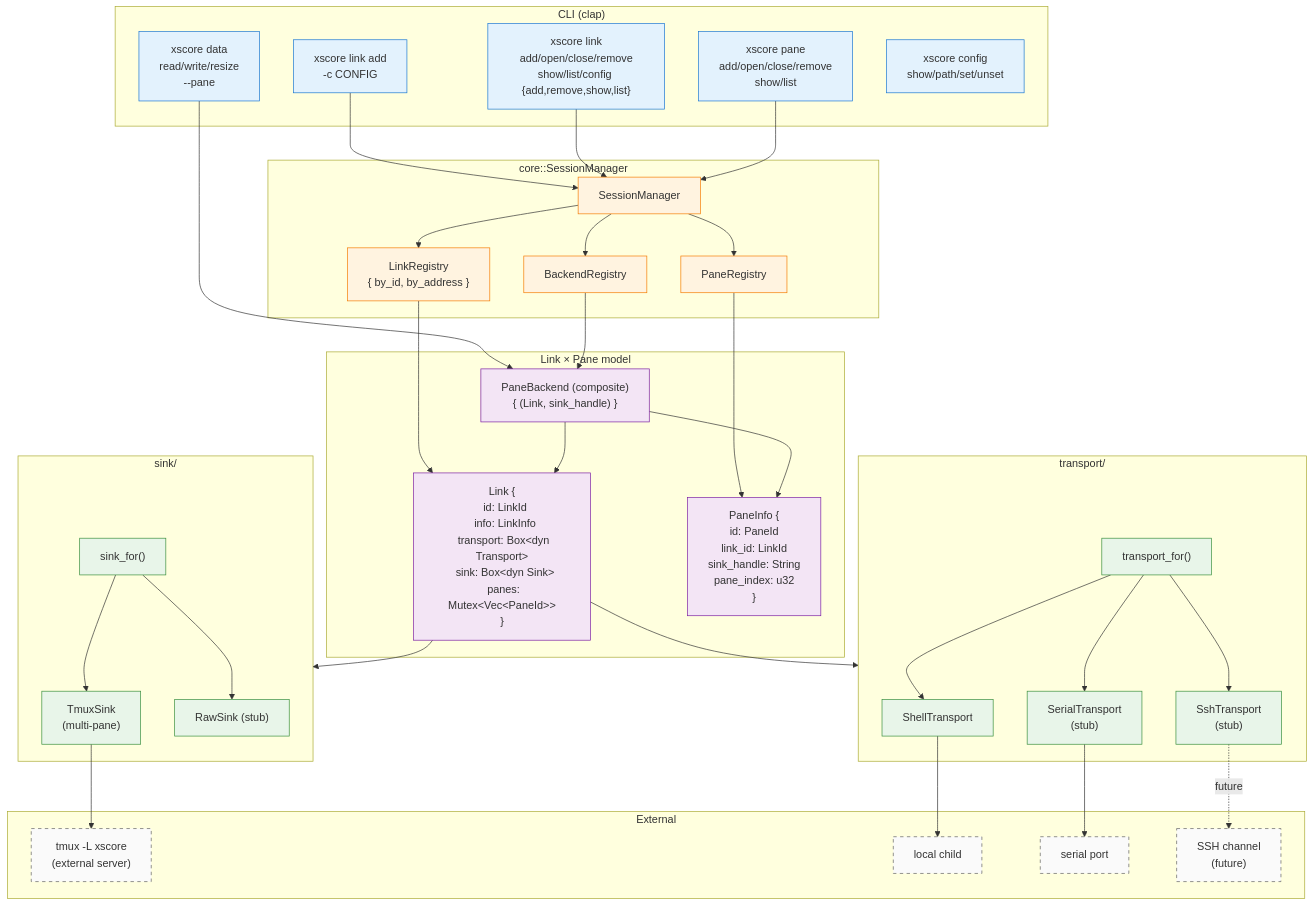
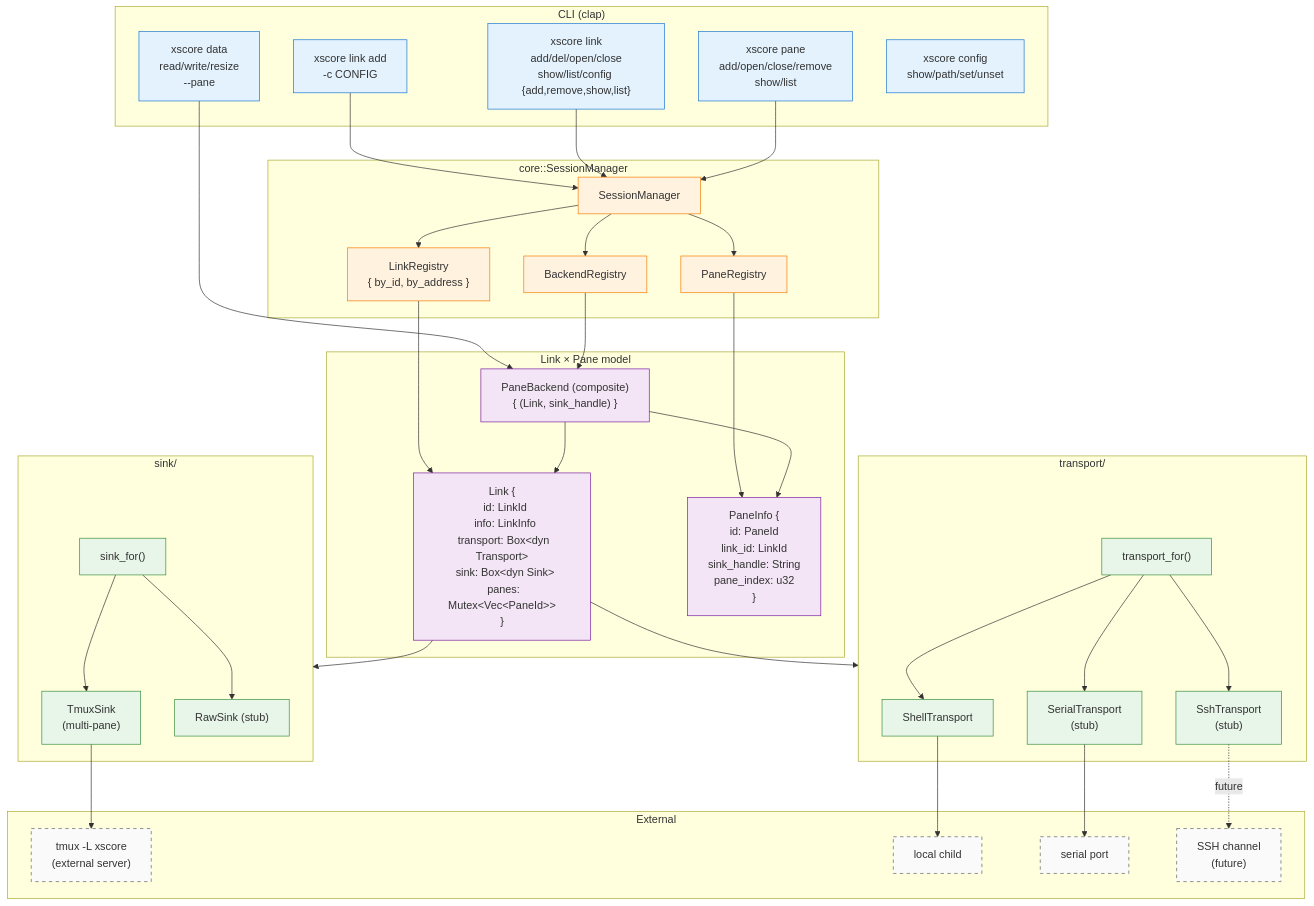
The first of 3 diagrams in doc/dev/architecture/diagrams/README.md (xiaoshan1234/xscore), drawn with Mermaid before and after one commit. The commit also changed other lines of this file and 13 other files, not shown here.

First line of the commit message:
refactor(cli): four-verb link tree (add/del/open/close), retire --link=existing

````diff
--- a/doc/dev/architecture/diagrams/README.md
+++ b/doc/dev/architecture/diagrams/README.md
@@ -22,81 +22,81 @@
 ```mermaid
 graph TB
     subgraph CLI ["CLI (clap)"]
         Connect["xscore link add<br/>-c CONFIG"]
-        LinkCmd["xscore link<br/>add/open/close/remove<br/>show/list/config {add,remove,show,list}"]
+        LinkCmd["xscore link<br/>add/del/open/close<br/>show/list/config {add,remove,show,list}"]
         PaneCmd["xscore pane<br/>add/open/close/remove<br/>show/list"]
         DataCmd["xscore data<br/>read/write/resize<br/>--pane"]
         ConfigCmd["xscore config<br/>show/path/set/unset"]
     end
 
     subgraph Core ["core::SessionManager"]
         SM["SessionManager"]
         LR["LinkRegistry<br/>{ by_id, by_address }"]
         PR["PaneRegistry"]
         BR["BackendRegistry"]
     end
 
     subgraph LinkModel ["Link × Pane model"]
         Link["Link {<br/>  id: LinkId<br/>  info: LinkInfo<br/>  transport: Box&lt;dyn Transport&gt;<br/>  sink: Box&lt;dyn Sink&gt;<br/>  panes: Mutex&lt;Vec&lt;PaneId&gt;&gt;<br/>}"]
         Pane["PaneInfo {<br/>  id: PaneId<br/>  link_id: LinkId<br/>  sink_handle: String<br/>  pane_index: u32<br/>}"]
         PB["PaneBackend (composite)<br/>{ (Link, sink_handle) }"]
     end
 
     subgraph TransportLayer ["transport/"]
         TS["ShellTransport"]
         TT["SerialTransport<br/>(stub)"]
         TU["SshTransport<br/>(stub)"]
         TIF["transport_for()"]
     end
 
     subgraph SinkLayer ["sink/"]
         ST["TmuxSink<br/>(multi-pane)"]
         SR["RawSink (stub)"]
         SIF["sink_for()"]
     end
 
     subgraph External ["External"]
         TMUX["tmux -L xscore<br/>(external server)"]
         Shell["local child"]
         Serial["serial port"]
         SSH["SSH channel<br/>(future)"]
     end
 
     Connect --> SM
     LinkCmd --> SM
     PaneCmd --> SM
     DataCmd --> PB
     SM --> LR
     SM --> PR
     SM --> BR
     LR --> Link
     PR --> Pane
     BR --> PB
     Link --> TransportLayer
     Link --> SinkLayer
     PB --> Link
     PB --> Pane
 
     TIF --> TS
     TIF --> TT
     TIF --> TU
     TS --> Shell
     TT --> Serial
     TU -.->|future| SSH
 
     SIF --> ST
     SIF --> SR
     ST --> TMUX
 
     classDef cli fill:#e3f2fd,stroke:#1976d2
     classDef core fill:#fff3e0,stroke:#f57c00
     classDef model fill:#f3e5f5,stroke:#7b1fa2
     classDef layer fill:#e8f5e9,stroke:#388e3c
     classDef external fill:#fafafa,stroke:#616161,stroke-dasharray: 5 5
 
     class Connect,LinkCmd,PaneCmd,DataCmd,ConfigCmd cli
     class SM,LR,PR,BR core
     class Link,Pane,PB model
     class TS,TT,TU,TIF,ST,SR,SIF layer
     class TMUX,Shell,Serial,SSH external
 ```
````
